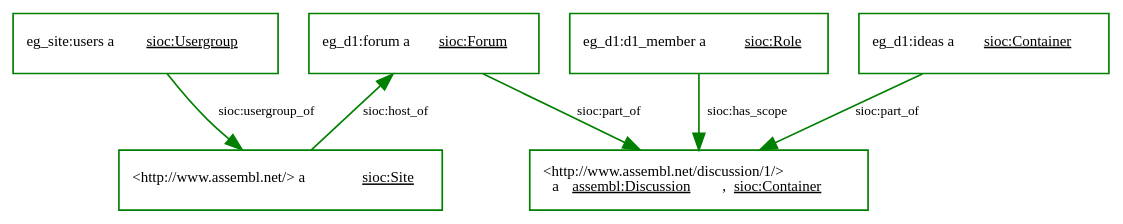
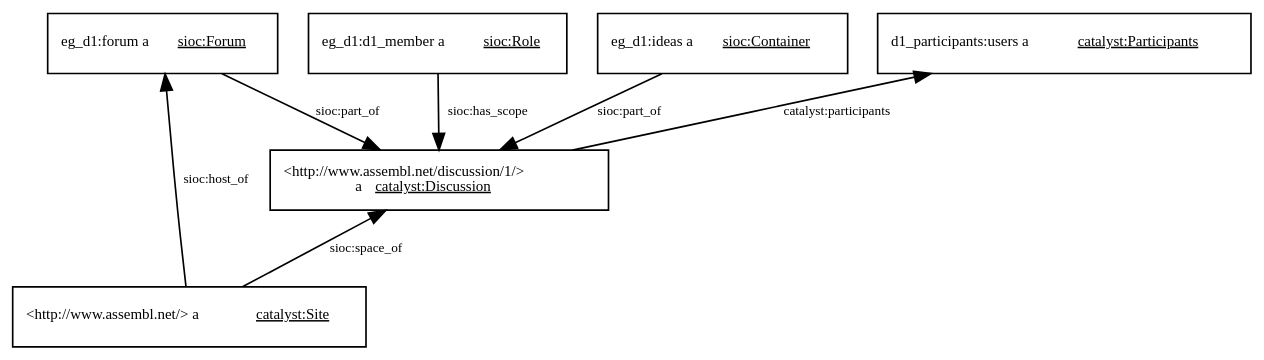
One commit to catalyst-fp7/documents changed the sixth of 16 diagrams in interoperability/interoperability.md. Above: the diagram before and after it, drawn with Graphviz. The commit also changed other lines of this file and 1 other file, not shown here.

````diff
--- a/interoperability/interoperability.md
+++ b/interoperability/interoperability.md
@@ -304,19 +368,20 @@
 ```graphviz
 digraph g {
     graph [bgcolor="transparent", rankdir="TB", compound="true"];
     node [fillcolor=white, style=filled,  shape=record, fontsize=9];
     edge [fontsize=8];
-    users [label=<eg_site:users a <U>sioc:Usergroup</U>>, color="green"];
-    users->site [label="sioc:usergroup_of", color="green"];
-    forum [label=<eg_d1:forum a <U>sioc:Forum</U>>, color="green"];
-    site [label=<&lt;http://www.assembl.net/&gt; a <U>sioc:Site</U>>, color="green"];
-    forum->site [label="sioc:host_of", color="green", dir="back"];
-    member_role [label=<eg_d1:d1_member a <U>sioc:Role</U>>, color="green"];
-    member_role->discussion [label="sioc:has_scope", color="green"];
-    discussion [label=<&lt;http://www.assembl.net/discussion/1/&gt;<br /> a <U>assembl:Discussion</U>, <U>sioc:Container</U>>, color="green"];
-    forum [label=<eg_d1:forum a <U>sioc:Forum</U>>, color="green"];
-    ideasContainer [label=<eg_d1:ideas a <U>sioc:Container</U>>, color="green"];
-    forum->discussion [label="sioc:part_of", color="green"];
-    ideasContainer->discussion [label="sioc:part_of", color="green"];
+    users [label=<d1_participants:users a <U>catalyst:Participants</U>>];
+    users->discussion [label="catalyst:participants", dir="back"];
+    forum [label=<eg_d1:forum a <U>sioc:Forum</U>>];
+    site [label=<&lt;http://www.assembl.net/&gt; a <U>catalyst:Site</U>>];
+    forum->site [label="sioc:host_of", dir="back"];
+    discussion->site [label="sioc:space_of", dir="back"];
+    member_role [label=<eg_d1:d1_member a <U>sioc:Role</U>>];
+    member_role->discussion [label="sioc:has_scope"];
+    discussion [label=<&lt;http://www.assembl.net/discussion/1/&gt;<br /> a <U>catalyst:Discussion</U>>];
+    forum [label=<eg_d1:forum a <U>sioc:Forum</U>>];
+    ideasContainer [label=<eg_d1:ideas a <U>sioc:Container</U>>];
+    forum->discussion [label="sioc:part_of"];
+    ideasContainer->discussion [label="sioc:part_of"];
 }
 ```
````
